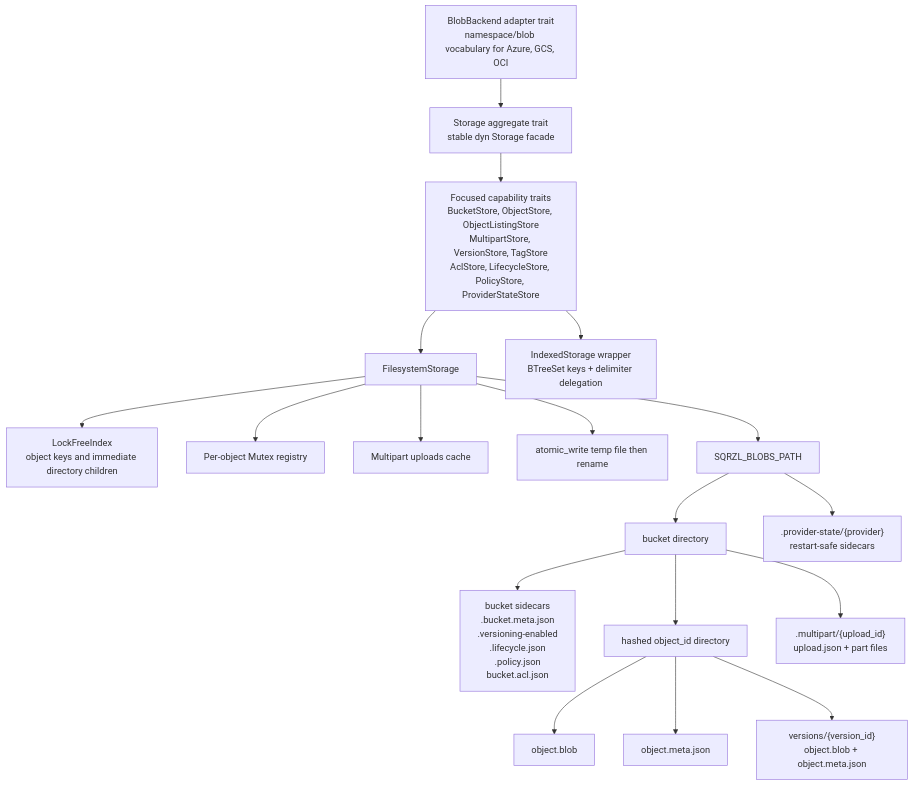
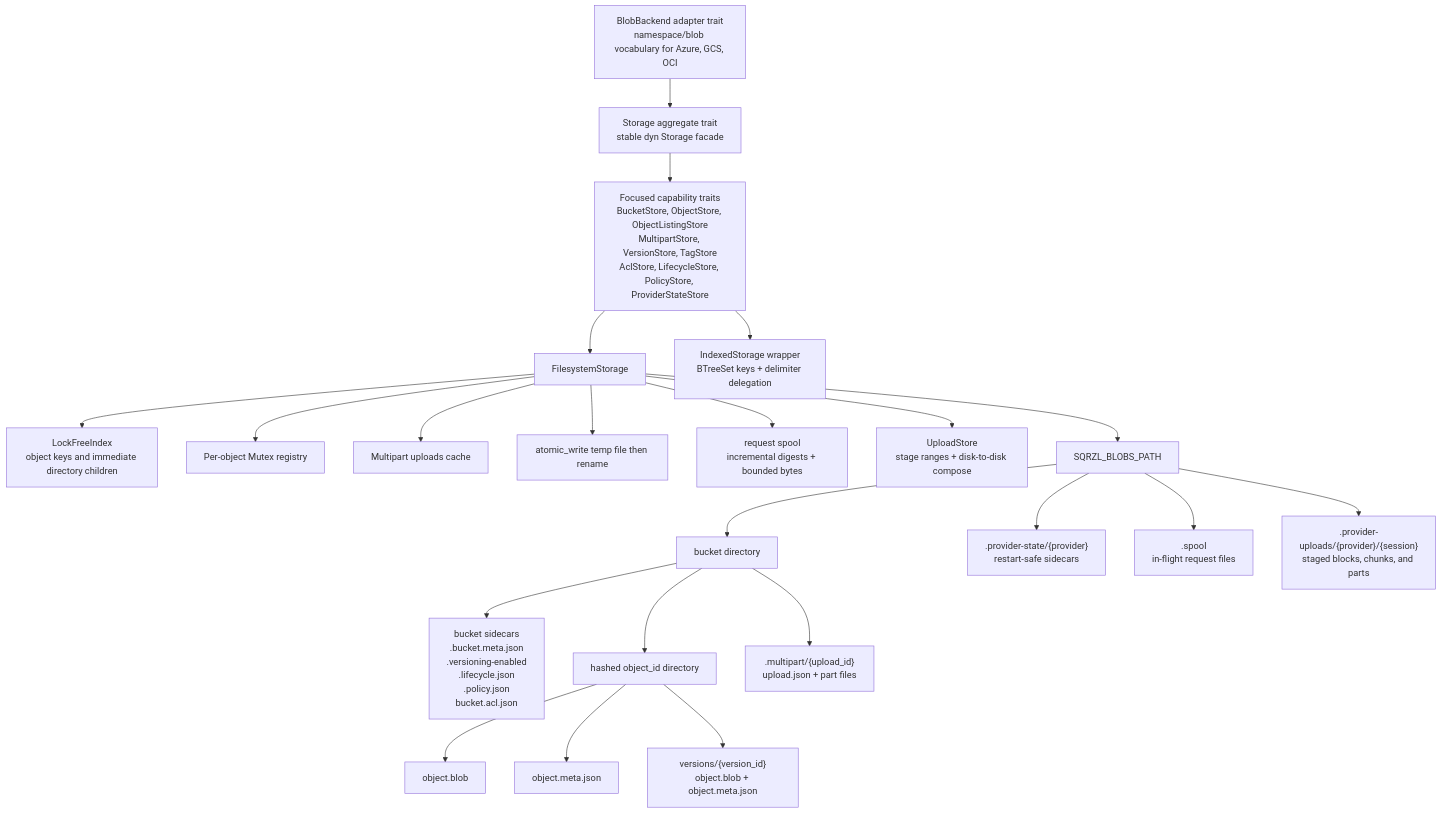
The seventh of 11 diagrams in docs/architecture.md (sqrzl/sqrzl-emulator), drawn with Mermaid before and after one commit. The commit also changed other lines of this file and 38 other files, not shown here.

````diff
--- a/docs/architecture.md
+++ b/docs/architecture.md
@@ -256,39 +256,47 @@
 ```mermaid
 flowchart TB
     StorageAggregate["Storage aggregate trait<br/>stable dyn Storage facade"]
     CapabilityTraits["Focused capability traits<br/>BucketStore, ObjectStore, ObjectListingStore<br/>MultipartStore, VersionStore, TagStore<br/>AclStore, LifecycleStore, PolicyStore, ProviderStateStore"]
     BlobBackend["BlobBackend adapter trait<br/>namespace/blob vocabulary for Azure, GCS, OCI"]
     FS["FilesystemStorage"]
     Indexed["IndexedStorage wrapper<br/>BTreeSet keys + delimiter delegation"]
     Index["LockFreeIndex<br/>object keys and immediate directory children"]
     ObjectLocks["Per-object Mutex registry"]
     UploadCache["Multipart uploads cache"]
     AtomicWrite["atomic_write temp file then rename"]
+    StreamSpool["request spool<br/>incremental digests + bounded bytes"]
+    UploadCompose["UploadStore<br/>stage ranges + disk-to-disk compose"]
 
     Root["SQRZL_BLOBS_PATH"]
     BucketDir["bucket directory"]
     BucketControl["bucket sidecars<br/>.bucket.meta.json<br/>.versioning-enabled<br/>.lifecycle.json<br/>.policy.json<br/>bucket.acl.json"]
     ObjectDir["hashed object_id directory"]
     ObjectBlob["object.blob"]
     ObjectMeta["object.meta.json"]
     Versions["versions/{version_id}<br/>object.blob + object.meta.json"]
     Multipart[".multipart/{upload_id}<br/>upload.json + part files"]
     ProviderState[".provider-state/{provider}<br/>restart-safe sidecars"]
+    RequestSpool[".spool<br/>in-flight request files"]
+    ProviderUploads[".provider-uploads/{provider}/{session}<br/>staged blocks, chunks, and parts"]
 
     StorageAggregate --> CapabilityTraits --> FS
     CapabilityTraits --> Indexed
     BlobBackend --> StorageAggregate
     FS --> Index
     FS --> ObjectLocks
     FS --> UploadCache
     FS --> AtomicWrite
+    FS --> StreamSpool
+    FS --> UploadCompose
     FS --> Root
     Root --> BucketDir
     BucketDir --> BucketControl
     BucketDir --> ObjectDir
     ObjectDir --> ObjectBlob
     ObjectDir --> ObjectMeta
     ObjectDir --> Versions
     BucketDir --> Multipart
     Root --> ProviderState
+    Root --> RequestSpool
+    Root --> ProviderUploads
 ```
````
